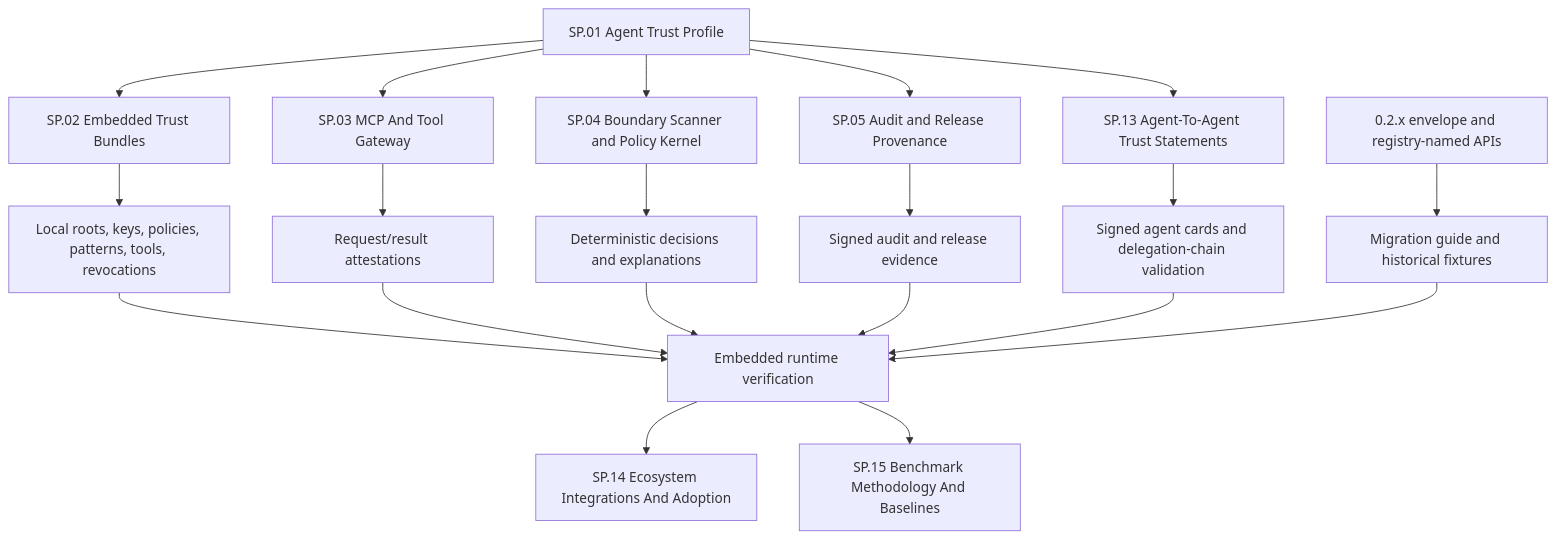
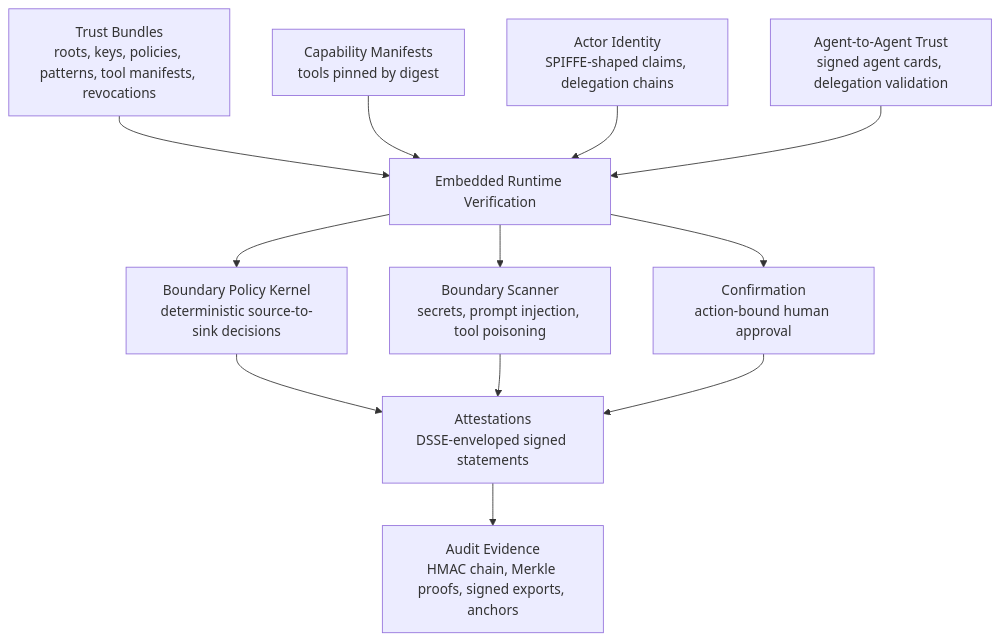
Before and after one commit to futhr/sigil_guard: the first of 5 diagrams in docs/README.md, drawn with Mermaid. The commit also changed other lines of this file and 1 other file, not shown here.

Commit message:
docs(readme): present the shipped v3 product and self-contained architecture index

````diff
--- a/docs/README.md
+++ b/docs/README.md
@@ -41,33 +18,24 @@
 ```mermaid
 flowchart TD
-    SP01[SP.01 Agent Trust Profile]
-    SP02[SP.02 Embedded Trust Bundles]
-    SP03[SP.03 MCP And Tool Gateway]
-    SP04[SP.04 Boundary Scanner and Policy Kernel]
-    SP05[SP.05 Audit and Release Provenance]
-    SP13[SP.13 Agent-To-Agent Trust Statements]
+    Bundles[Trust Bundles<br/>roots, keys, policies, patterns, tool manifests, revocations]
+    Manifests[Capability Manifests<br/>tools pinned by digest]
+    Identity[Actor Identity<br/>SPIFFE-shaped claims, delegation chains]
 
-    SP01 --> SP02
-    SP01 --> SP03
-    SP01 --> SP04
-    SP01 --> SP05
-    SP01 --> SP13
+    Bundles --> Runtime
+    Manifests --> Runtime
+    Identity --> Runtime
 
-    SP02 --> Roots[Local roots, keys, policies, patterns, tools, revocations]
-    SP03 --> Attest[Request/result attestations]
-    SP04 --> Decisions[Deterministic decisions and explanations]
-    SP05 --> Evidence[Signed audit and release evidence]
-    SP13 --> Peers[Signed agent cards and delegation-chain validation]
+    Runtime[Embedded Runtime Verification]
 
-    Roots --> Runtime[Embedded runtime verification]
-    Attest --> Runtime
-    Decisions --> Runtime
-    Evidence --> Runtime
-    Peers --> Runtime
+    Runtime --> Policy[Boundary Policy Kernel<br/>deterministic source-to-sink decisions]
+    Runtime --> Scanner[Boundary Scanner<br/>secrets, prompt injection, tool poisoning]
+    Runtime --> Confirm[Confirmation<br/>action-bound human approval]
 
-    Runtime --> SP14[SP.14 Ecosystem Integrations And Adoption]
-    Runtime --> SP15[SP.15 Benchmark Methodology And Baselines]
+    Policy --> Attest[Attestations<br/>DSSE-enveloped signed statements]
+    Scanner --> Attest
+    Confirm --> Attest
 
-    Legacy[0.2.x envelope and registry-named APIs] --> Migration[Migration guide and historical fixtures]
-    Migration --> Runtime
+    Attest --> Audit[Audit Evidence<br/>HMAC chain, Merkle proofs, signed exports, anchors]
+
+    Peers[Agent-to-Agent Trust<br/>signed agent cards, delegation validation] --> Runtime
 ```
````
